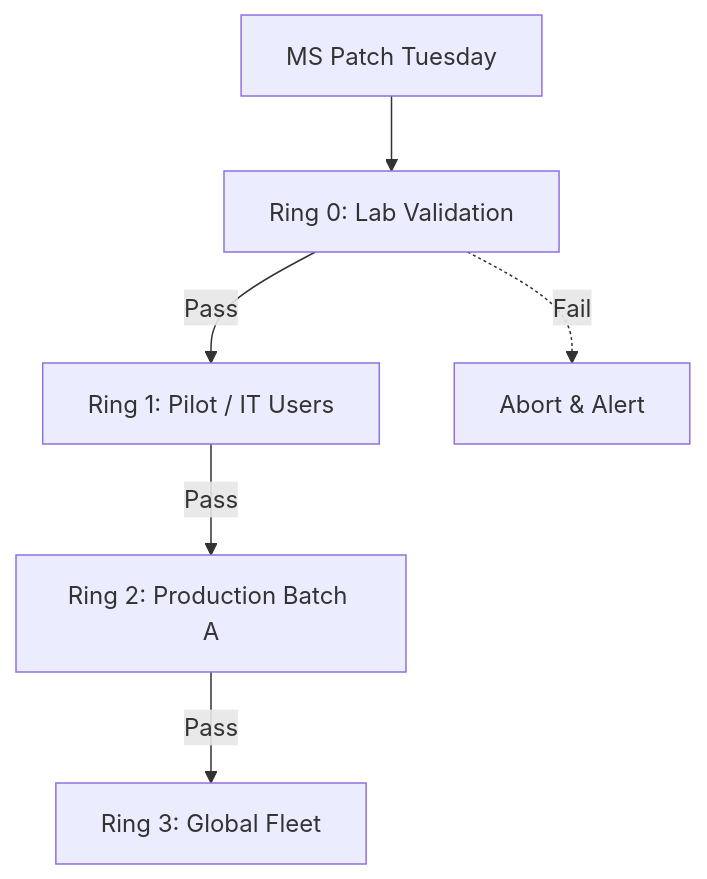
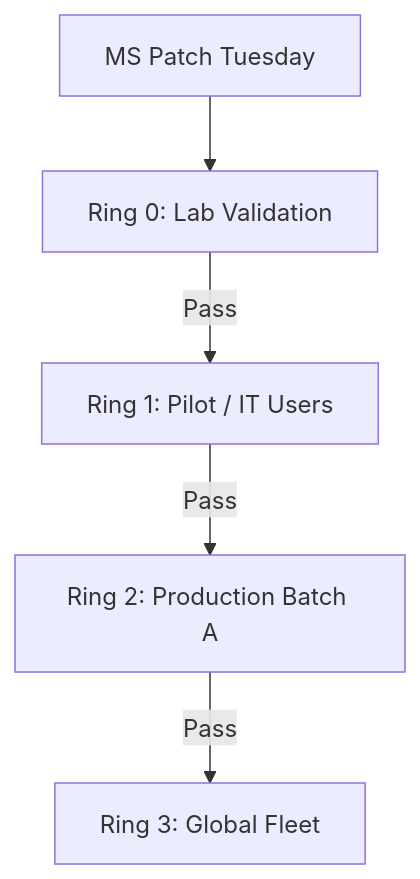
Before and after one commit to Devopstrio/avd-image-factory: the third of 19 diagrams in README.md, drawn with Mermaid. The commit also changed other lines of this file, not shown here.

````diff
--- a/README.md
+++ b/README.md
@@ -79,8 +81,7 @@
 ```mermaid
 graph TD
     Update[MS Patch Tuesday] --> Ring0[Ring 0: Lab Validation]
     Ring0 -->|Pass| Ring1[Ring 1: Pilot / IT Users]
     Ring1 -->|Pass| Ring2[Ring 2: Production Batch A]
     Ring2 -->|Pass| Ring3[Ring 3: Global Fleet]
-    Ring0 -.->|Fail| Rollback[Abort & Alert]
 ```
````
